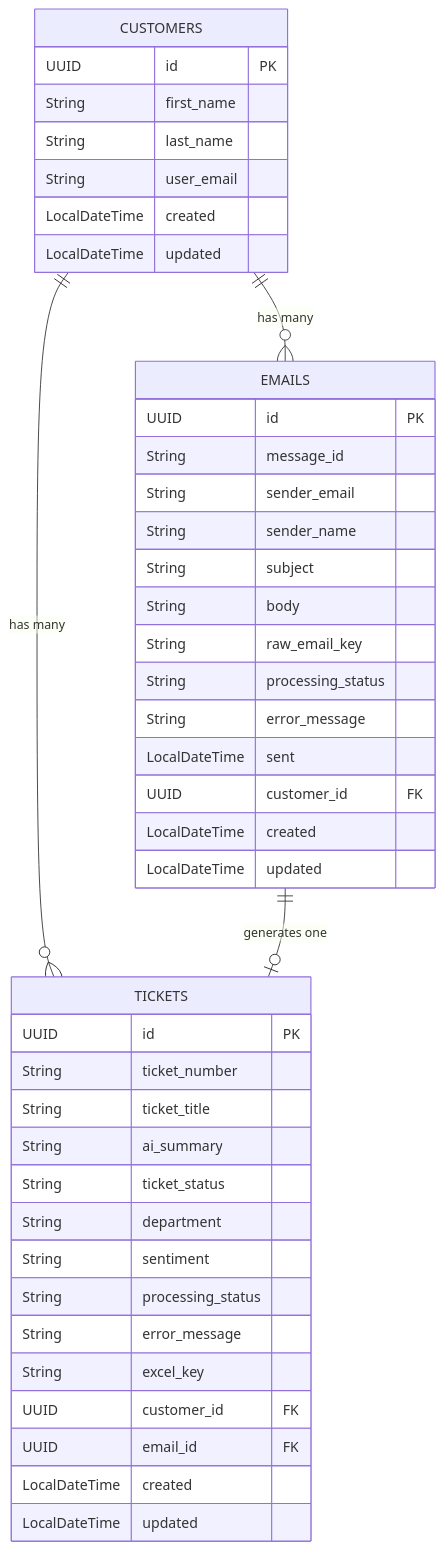
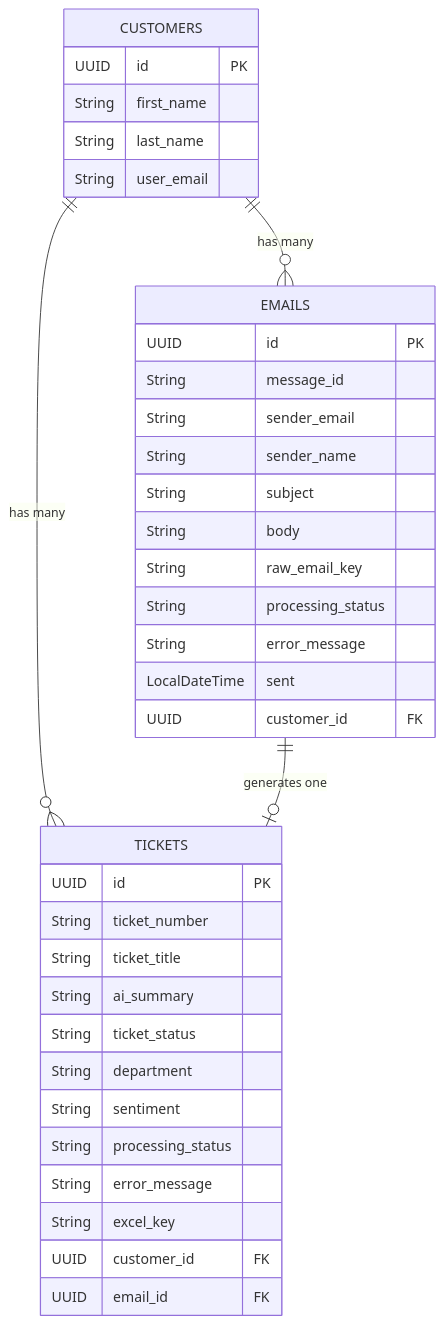
Before and after one commit to mgudux/mail-2-ticket: the second of 2 diagrams in README.md, drawn with Mermaid. The commit also changed other lines of this file, not shown here.

````diff
--- a/README.md
+++ b/README.md
@@ -49,46 +64,40 @@
 ```mermaid
 erDiagram
     CUSTOMERS {
         UUID id PK
         String first_name
         String last_name
         String user_email
-        LocalDateTime created
-        LocalDateTime updated
     }
     TICKETS {
         UUID id PK
         String ticket_number
         String ticket_title
         String ai_summary
         String ticket_status
         String department
         String sentiment
         String processing_status
         String error_message
         String excel_key
         UUID customer_id FK
         UUID email_id FK
-        LocalDateTime created
-        LocalDateTime updated
     }
     EMAILS {
         UUID id PK
         String message_id
         String sender_email
         String sender_name
         String subject
         String body
         String raw_email_key
         String processing_status
         String error_message
         LocalDateTime sent
         UUID customer_id FK
-        LocalDateTime created
-        LocalDateTime updated
     }
 
     CUSTOMERS ||--o{ TICKETS : "has many"
     CUSTOMERS ||--o{ EMAILS : "has many"
     EMAILS ||--o| TICKETS : "generates one"
 ```
````
